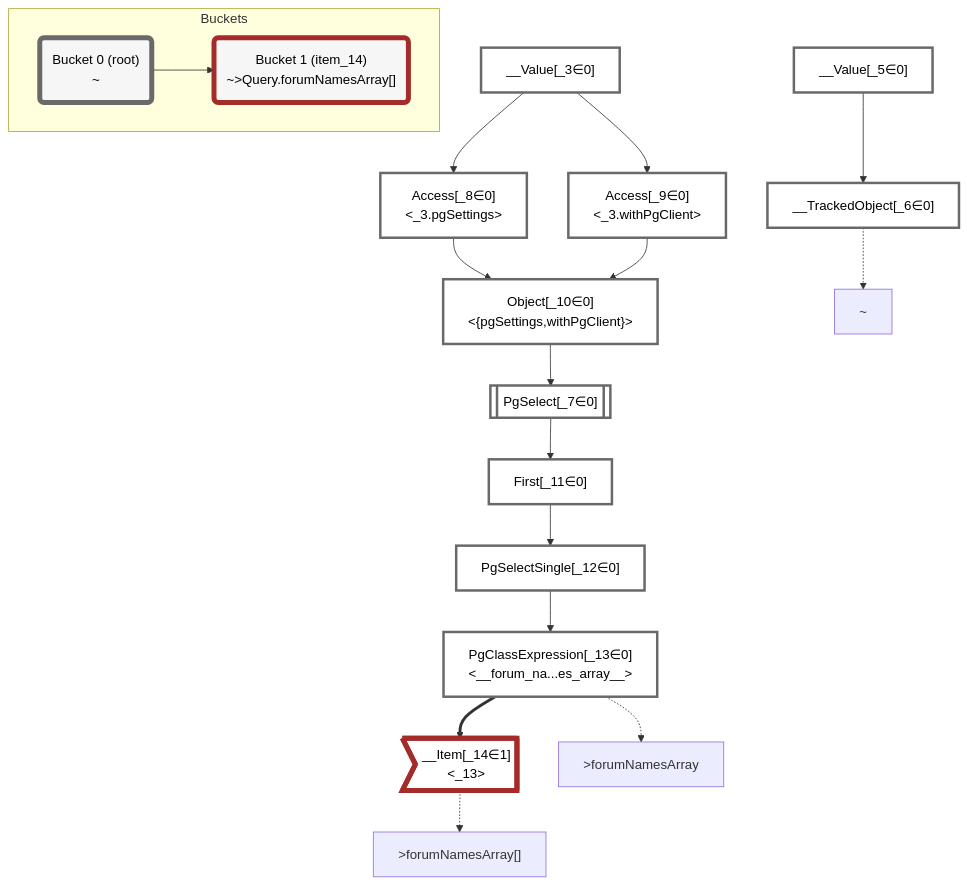
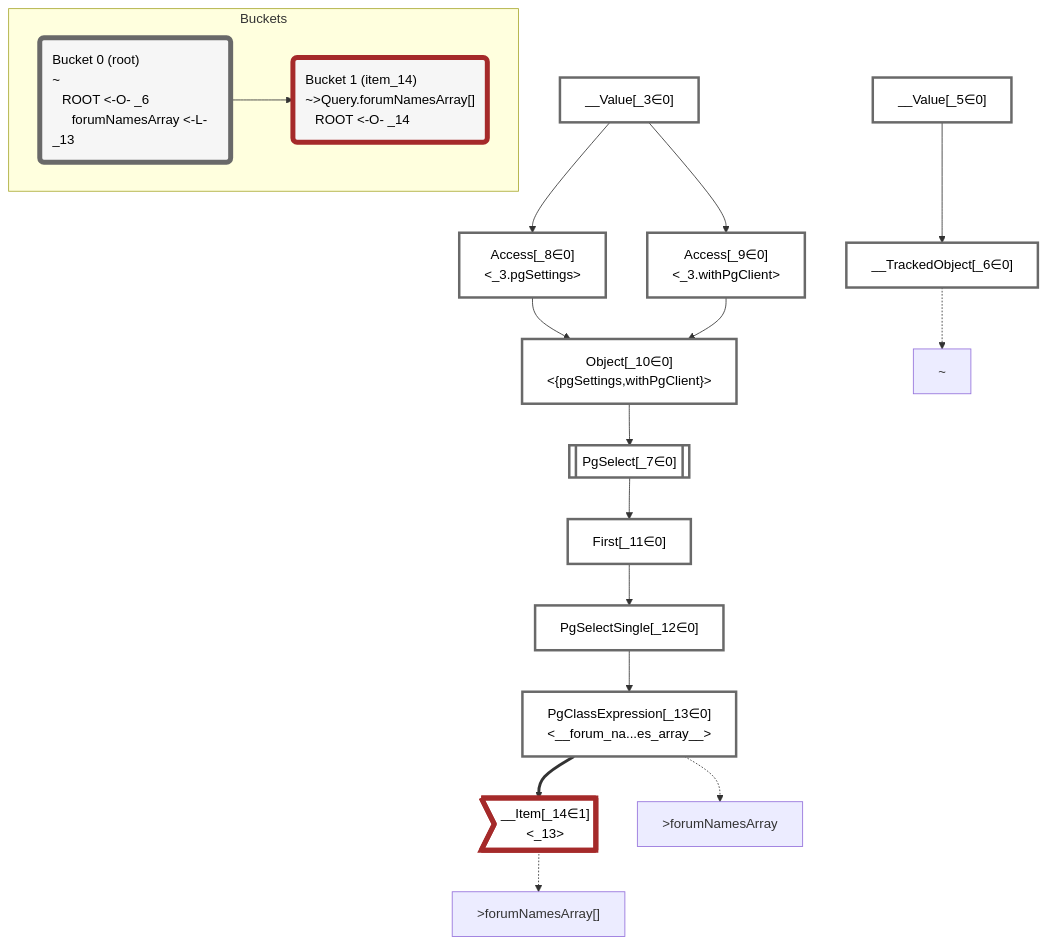
One commit to graphile/crystal changed the diagram in packages/dataplan-pg/__tests__/queries/functions/custom-query-forum-names-array.deopt.mermaid.md. Above: the diagram before and after it, drawn with Mermaid. The commit also changed 195 other files, not shown here.

````diff
--- a/packages/dataplan-pg/__tests__/queries/functions/custom-query-forum-names-array.deopt.mermaid.md
+++ b/packages/dataplan-pg/__tests__/queries/functions/custom-query-forum-names-array.deopt.mermaid.md
@@ -1,56 +1,56 @@
 ```mermaid
 graph TD
     classDef path fill:#eee,stroke:#000,color:#000
     classDef plan fill:#fff,stroke-width:3px,color:#000
     classDef itemplan fill:#fff,stroke-width:6px,color:#000
     classDef sideeffectplan fill:#f00,stroke-width:6px,color:#000
-    classDef bucket fill:#f6f6f6,color:#000,stroke-width:6px
+    classDef bucket fill:#f6f6f6,color:#000,stroke-width:6px,text-align:left
 
 
     %% define plans
     __Value_3["__Value[_3∈0]<br /><context>"]:::plan
     __Value_5["__Value[_5∈0]<br /><rootValue>"]:::plan
     __TrackedObject_6["__TrackedObject[_6∈0]"]:::plan
     PgSelect_7[["PgSelect[_7∈0]<br /><forum_names_array>"]]:::plan
     Access_8["Access[_8∈0]<br /><_3.pgSettings>"]:::plan
     Access_9["Access[_9∈0]<br /><_3.withPgClient>"]:::plan
     Object_10["Object[_10∈0]<br /><{pgSettings,withPgClient}>"]:::plan
     First_11["First[_11∈0]"]:::plan
     PgSelectSingle_12["PgSelectSingle[_12∈0]<br /><forum_names_array>"]:::plan
     PgClassExpression_13["PgClassExpression[_13∈0]<br /><__forum_na...es_array__>"]:::plan
     __Item_14>"__Item[_14∈1]<br /><_13>"]:::itemplan
 
     %% plan dependencies
     __Value_5 --> __TrackedObject_6
     Object_10 --> PgSelect_7
     __Value_3 --> Access_8
     __Value_3 --> Access_9
     Access_8 --> Object_10
     Access_9 --> Object_10
     PgSelect_7 --> First_11
     First_11 --> PgSelectSingle_12
     PgSelectSingle_12 --> PgClassExpression_13
     PgClassExpression_13 ==> __Item_14
 
     %% plan-to-path relationships
     P_6["~"]
     __TrackedObject_6 -.-> P_6
     P_13[">forumNamesArray"]
     PgClassExpression_13 -.-> P_13
     P_14[">forumNamesArray[]"]
     __Item_14 -.-> P_14
 
     %% allocate buckets
     classDef bucket0 stroke:#696969
     class __Value_3,__Value_5,__TrackedObject_6,PgSelect_7,Access_8,Access_9,Object_10,First_11,PgSelectSingle_12,PgClassExpression_13 bucket0
     classDef bucket1 stroke:#a52a2a
     class __Item_14 bucket1
 
     subgraph Buckets
-    Bucket0("Bucket 0 (root)<br />~"):::bucket
+    Bucket0("Bucket 0 (root)<br />~<br />⠀ROOT <-O- _6<br />⠀⠀forumNamesArray <-L- _13"):::bucket
     style Bucket0 stroke:#696969
-    Bucket1("Bucket 1 (item_14)<br />~>Query.forumNamesArray[]"):::bucket
+    Bucket1("Bucket 1 (item_14)<br />~>Query.forumNamesArray[]<br />⠀ROOT <-O- _14"):::bucket
     style Bucket1 stroke:#a52a2a
     Bucket0 --> Bucket1
     end
 ```
````
